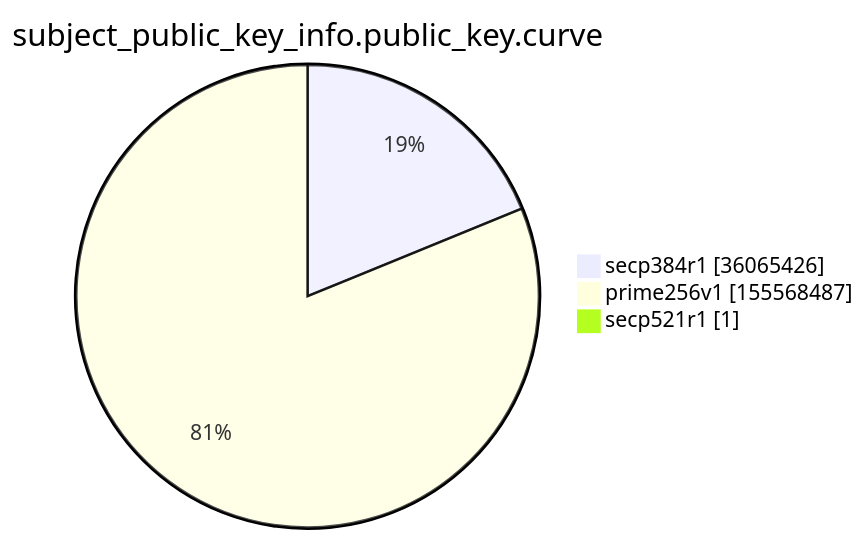
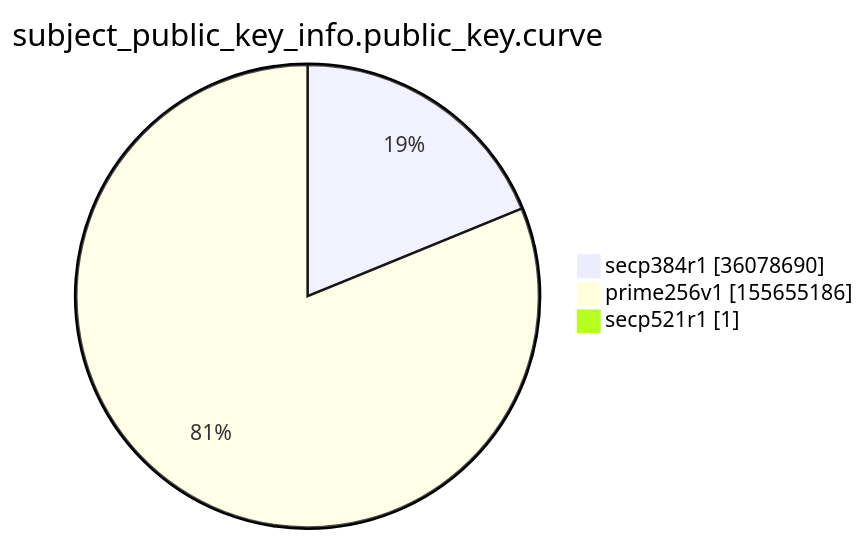
One commit to christiankrug/ctmonitor_visualization changed the ninth of 15 diagrams in argon2022/README.md. Above: the diagram before and after it, drawn with Mermaid. The commit also changed other lines of this file, not shown here.

````diff
--- a/argon2022/README.md
+++ b/argon2022/README.md
@@ -2766,7 +2766,7 @@
 ```mermaid
 pie showData
 title subject_public_key_info.public_key.curve
-"secp384r1" :36065426
-"prime256v1" :155568487
+"secp384r1" :36078690
+"prime256v1" :155655186
 "secp521r1" :1
 ```
````
